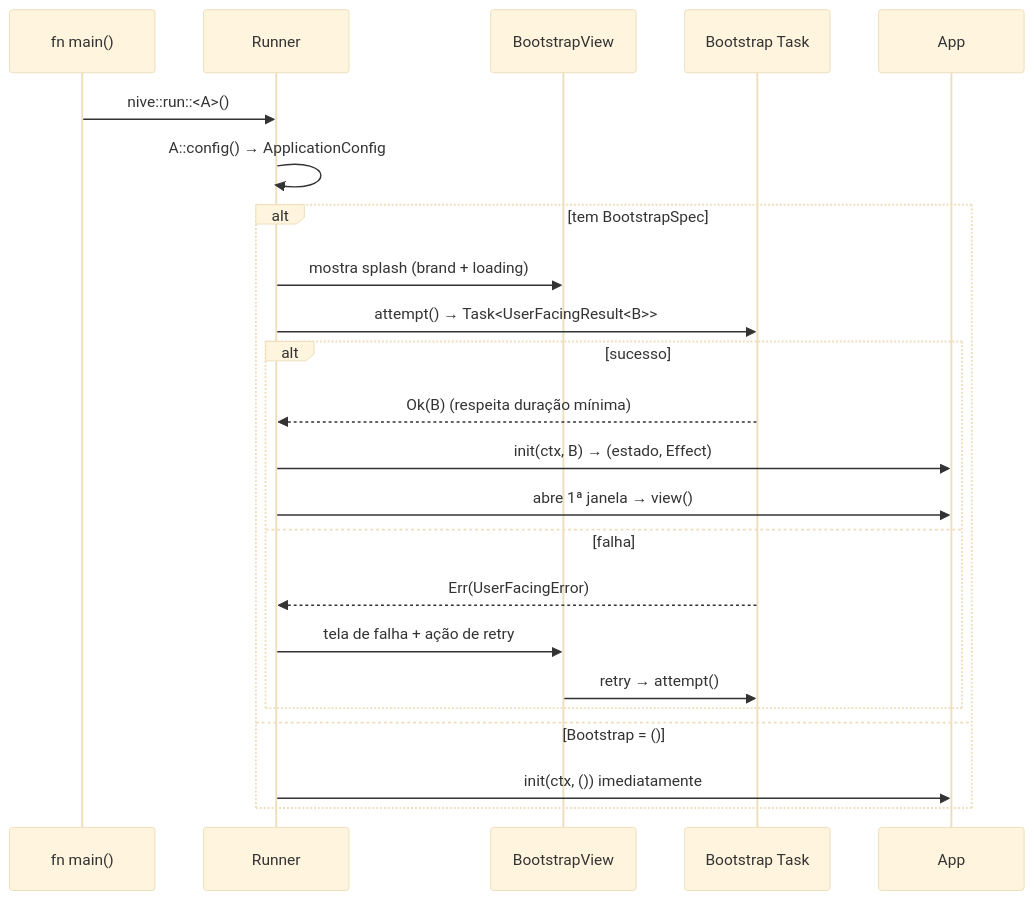
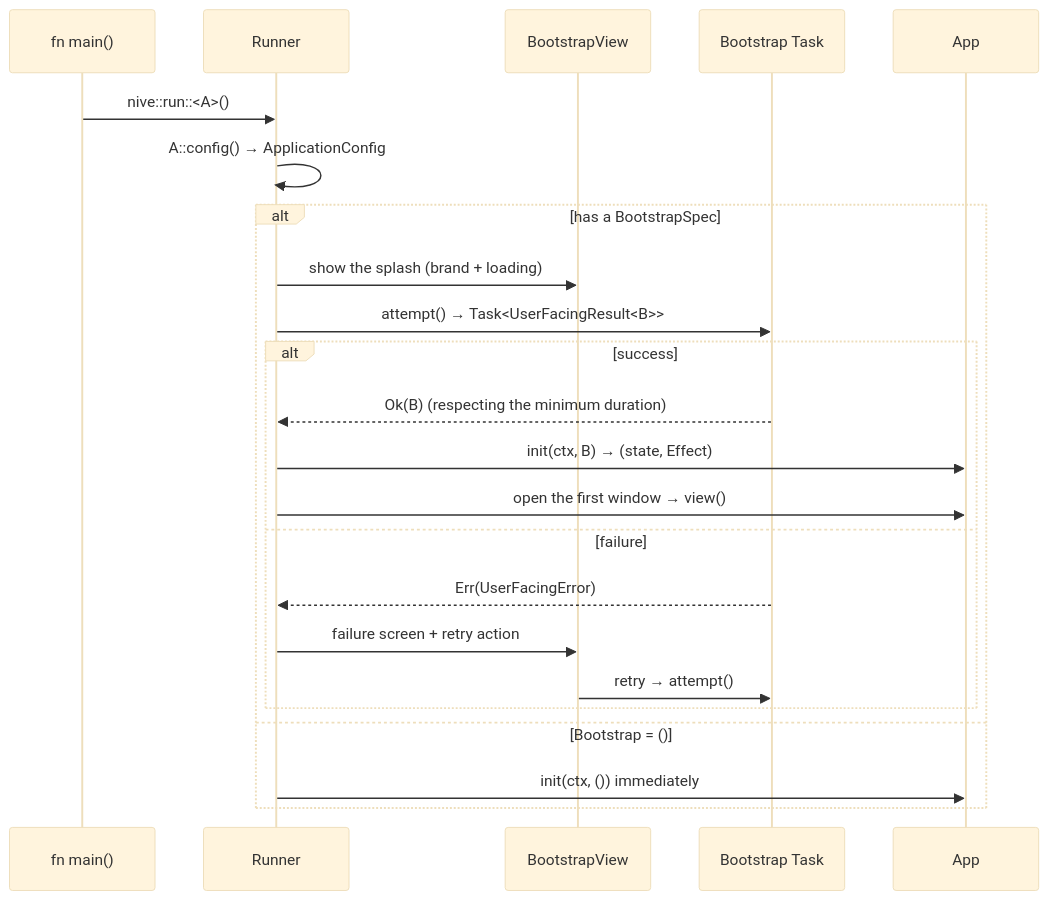
The second of 8 diagrams in docs/architecture/runtime-flows.md (JirlanSouza/nive), drawn with Mermaid (base theme) before and after one commit. The commit also changed other lines of this file and 15 other files, not shown here.

````diff
--- a/docs/architecture/runtime-flows.md
+++ b/docs/architecture/runtime-flows.md
@@ -46,26 +47,26 @@
 ```mermaid
 sequenceDiagram
     participant Main as fn main()
     participant Runner
     participant Splash as BootstrapView
     participant Task as Bootstrap Task
     participant App
 
     Main->>Runner: nive::run::<A>()
     Runner->>Runner: A::config() → ApplicationConfig
-    alt tem BootstrapSpec
-        Runner->>Splash: mostra splash (brand + loading)
+    alt has a BootstrapSpec
+        Runner->>Splash: show the splash (brand + loading)
         Runner->>Task: attempt() → Task<UserFacingResult<B>>
-        alt sucesso
-            Task-->>Runner: Ok(B)  (respeita duração mínima)
-            Runner->>App: init(ctx, B) → (estado, Effect)
-            Runner->>App: abre 1ª janela → view()
-        else falha
+        alt success
+            Task-->>Runner: Ok(B)  (respecting the minimum duration)
+            Runner->>App: init(ctx, B) → (state, Effect)
+            Runner->>App: open the first window → view()
+        else failure
             Task-->>Runner: Err(UserFacingError)
-            Runner->>Splash: tela de falha + ação de retry
+            Runner->>Splash: failure screen + retry action
             Splash->>Task: retry → attempt()
         end
     else Bootstrap = ()
-        Runner->>App: init(ctx, ()) imediatamente
+        Runner->>App: init(ctx, ()) immediately
     end
 ```
````
